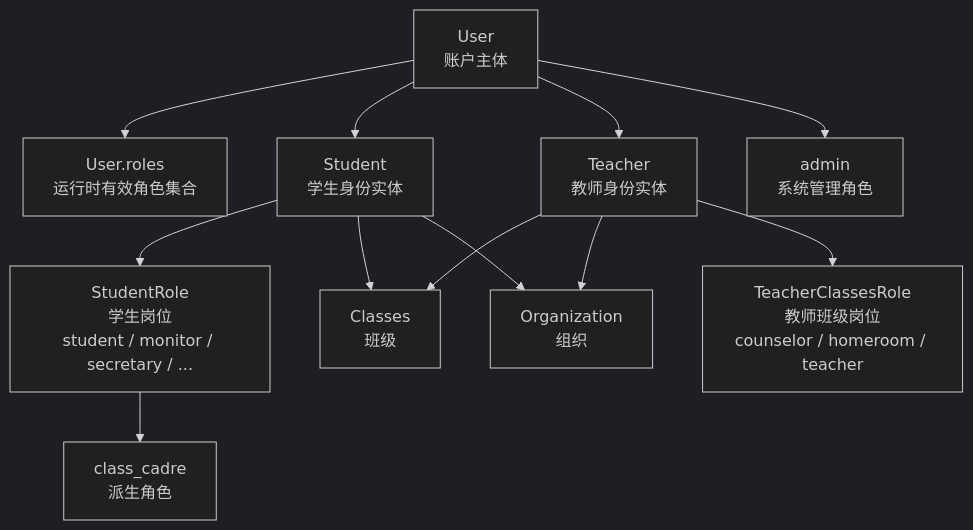
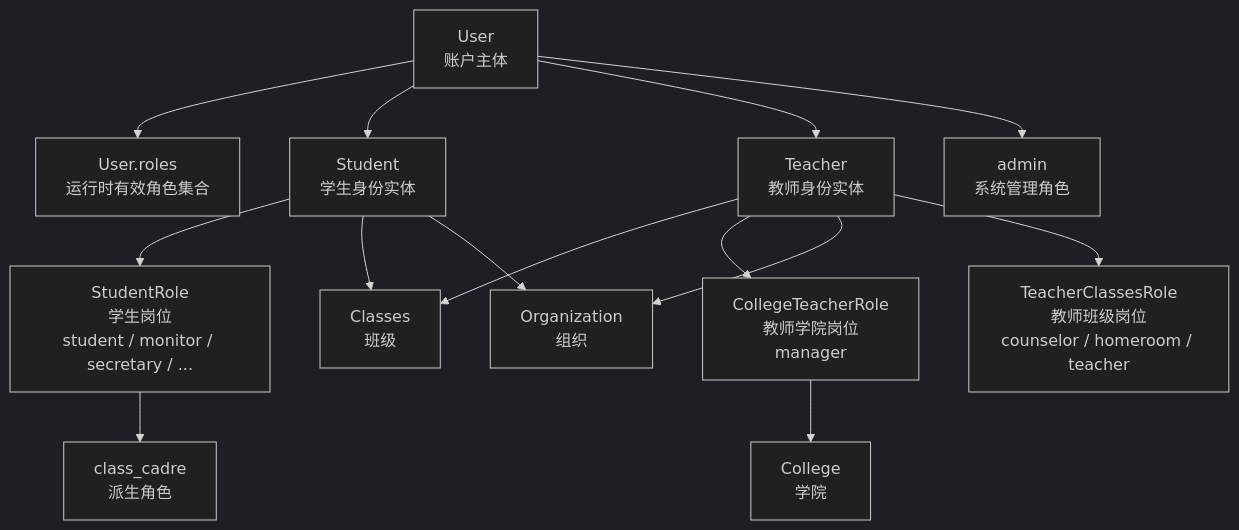
Before and after one commit to ClassRobot/ClassRobot: the second of 2 diagrams in docs/reference/role-reference.md, drawn with Mermaid (dark theme). The commit also changed other lines of this file and 66 other files, not shown here.

````diff
--- a/docs/reference/role-reference.md
+++ b/docs/reference/role-reference.md
@@ -149,32 +158,36 @@
 ```mermaid
 flowchart TD
     U["User<br/>账户主体"]
     UR["User.roles<br/>运行时有效角色集合"]
 
     S["Student<br/>学生身份实体"]
     T["Teacher<br/>教师身份实体"]
 
     SR["StudentRole<br/>学生岗位<br/>student / monitor / secretary / ..."]
     TR["TeacherClassesRole<br/>教师班级岗位<br/>counselor / homeroom / teacher"]
+    CTR["CollegeTeacherRole<br/>教师学院岗位<br/>manager"]
 
     CR["class_cadre<br/>派生角色"]
     AR["admin<br/>系统管理角色"]
 
     C["Classes<br/>班级"]
+    COL["College<br/>学院"]
     O["Organization<br/>组织"]
 
     U --> UR
     U --> S
     U --> T
     U --> AR
 
     S --> SR
     SR --> CR
 
     S --> C
     S --> O
 
     T --> C
+    T --> CTR
+    CTR --> COL
     T --> O
     T --> TR
 ```
````
